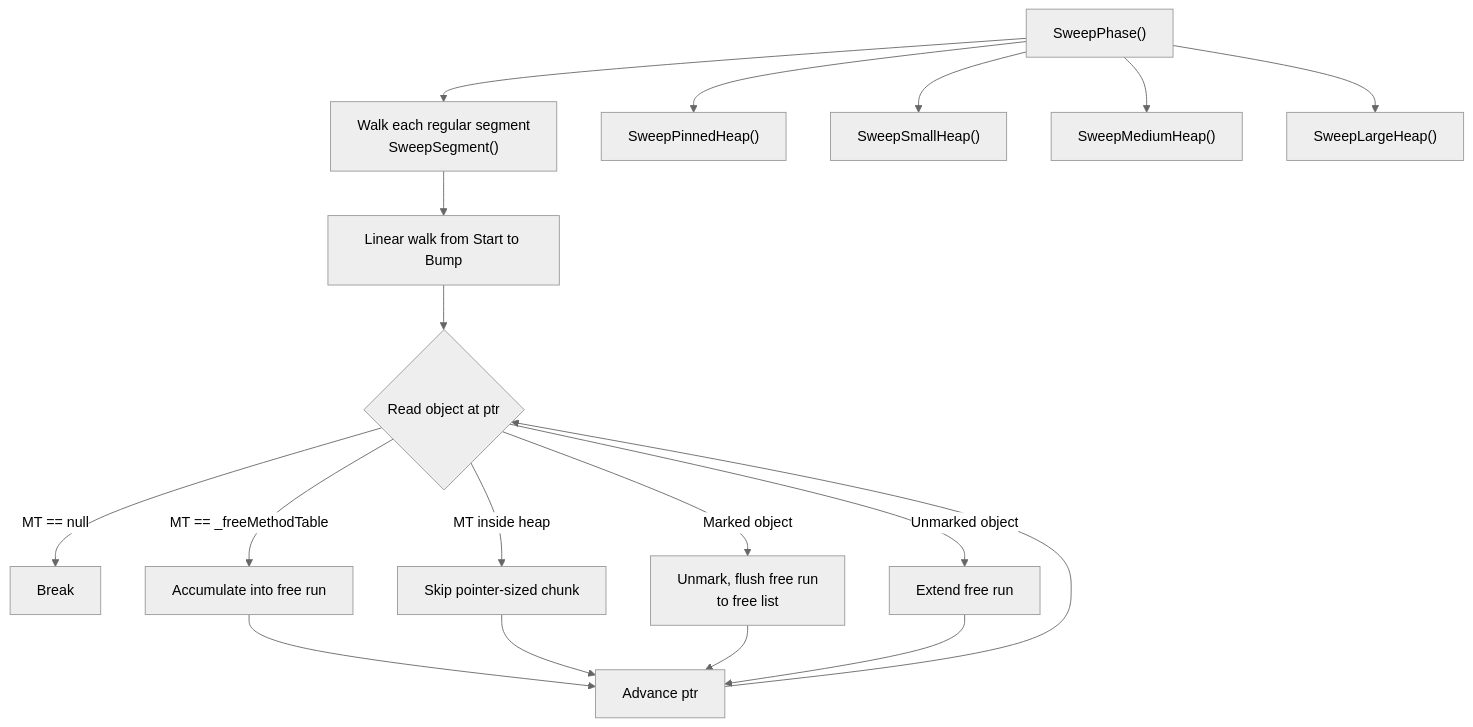
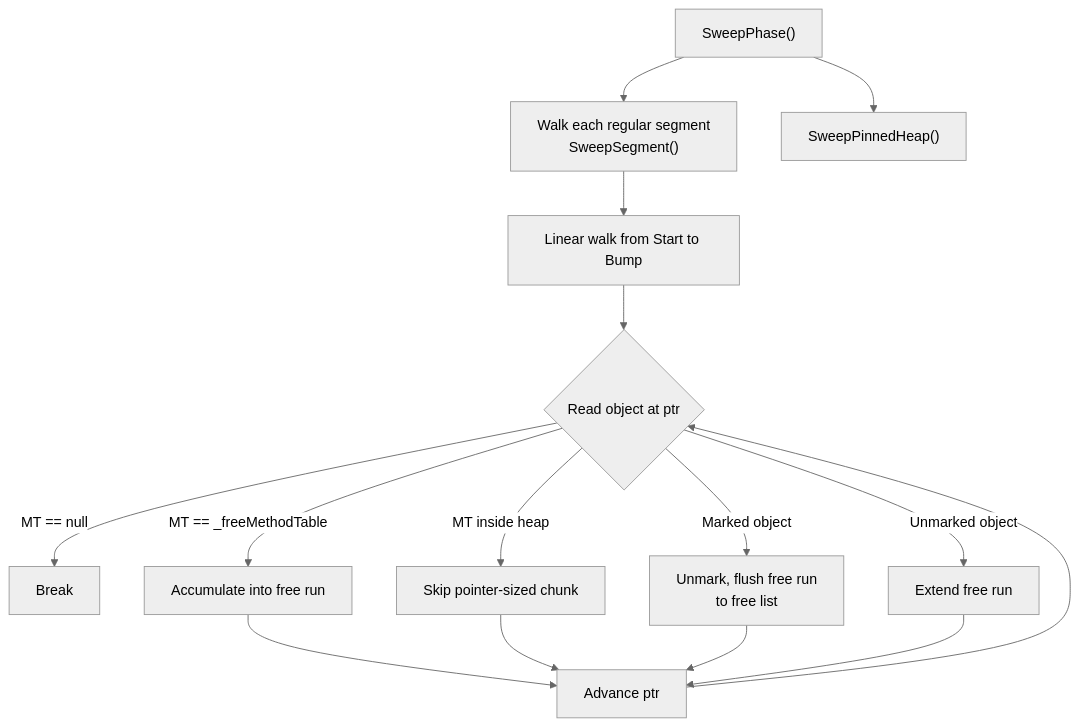
One commit to valentinbreiz/nativeaot-patcher changed the fourth of 4 diagrams in docs/articles/dev/garbage-collector.md. Above: the diagram before and after it, drawn with Mermaid (neutral theme). The commit also changed other lines of this file and 2 other files, not shown here.

Commit message:
🐛 Stop sweeping the unmanaged malloc heaps in the GC
SweepSmallHeap, SweepMediumHeap, SweepLargeHeap and SweepSMTBlock walked
the unmanaged Small/Medium/Large heaps with an inverted MethodTable
check: a block was treated as a managed object only when its first word
pointed INTO the GC heap, which no real MethodTable ever does. Managed
allocations never live in the malloc heaps, so the sweepers could never
free garbage — but any live unmanaged block whose first word happened to
hold a GC-heap pointer (e.g. a native struct caching a managed buffer
address) read as an unmarked object and was freed while live.

Remove the three sweepers and their SweepPhase calls; the sweep now
covers only the GC segments and the pinned heap. Add
GC_MallocHeapNotSwept to the GC test kernel: it plants a GC-heap pointer
in the first word of live small/medium/large Heap.Alloc blocks and
asserts they survive a collect. The test fails on the previous code
(the small-heap block was freed) and passes 44/44 on x64 and arm64 with
the sweepers removed.

Fixes #386

````diff
--- a/docs/articles/dev/garbage-collector.md
+++ b/docs/articles/dev/garbage-collector.md
@@ -383,23 +383,20 @@
 ```mermaid
 flowchart TD
     SWEEP["SweepPhase()"] --> SEG["Walk each regular segment
     SweepSegment()"]
     SWEEP --> PIN["SweepPinnedHeap()"]
-    SWEEP --> SM["SweepSmallHeap()"]
-    SWEEP --> MED["SweepMediumHeap()"]
-    SWEEP --> LG["SweepLargeHeap()"]
 
     SEG --> WALK["Linear walk from Start to Bump"]
     WALK --> READ{Read object at ptr}
     READ -->|"MT == null"| STOP[Break]
     READ -->|"MT == _freeMethodTable"| ACCUM[Accumulate into free run]
     READ -->|"MT inside heap"| SKIP["Skip pointer-sized chunk"]
     READ -->|Marked object| LIVE["Unmark, flush free run
     to free list"]
     READ -->|Unmarked object| DEAD["Extend free run"]
     ACCUM --> NEXT[Advance ptr]
     SKIP --> NEXT
     LIVE --> NEXT
     DEAD --> NEXT
     NEXT --> READ
 ```
````
